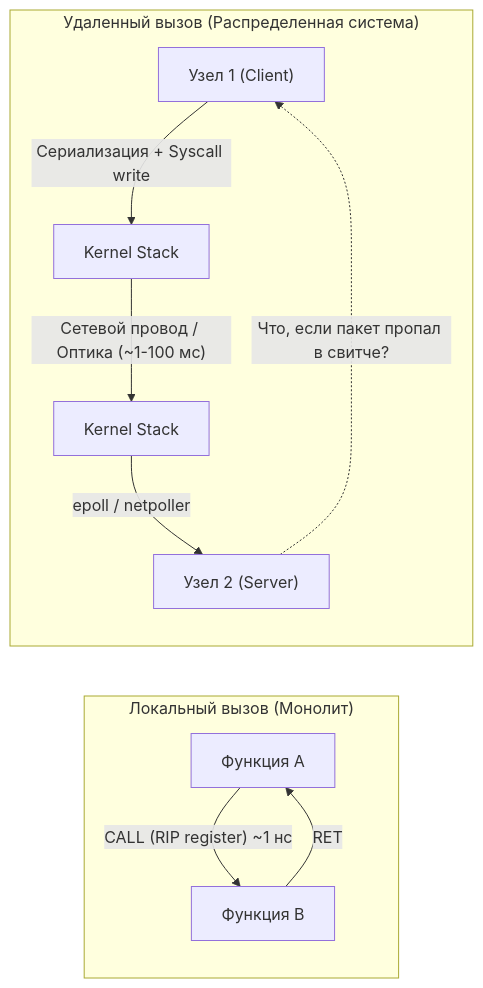
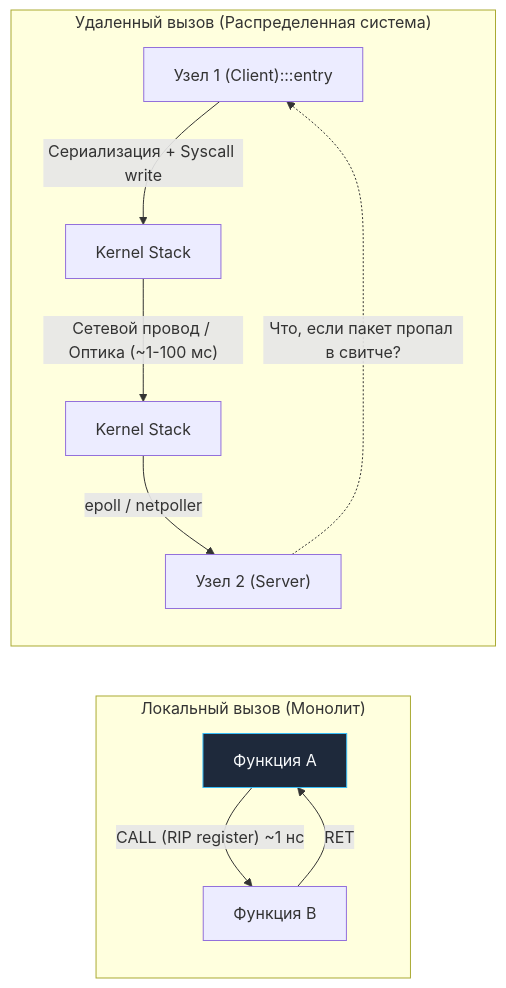
One commit to UnrealTemplier/go-textbook changed the first of 3 diagrams in sources/14. Распределенные системы на Go/01. Основы/1. Обзор раздела. Почему распределенные системы сложны.md. Above: the diagram before and after it, drawn with Mermaid. The commit also changed other lines of this file and 1666 other files, not shown here.

First line of the commit message:
feat(mermaid): add semantic color classDef to 1369 colorless flowchart/graph diagrams

````diff
--- a/sources/14. Распределенные системы на Go/01. Основы/1. Обзор раздела. Почему распределенные системы сложны.md
+++ b/sources/14. Распределенные системы на Go/01. Основы/1. Обзор раздела. Почему распределенные системы сложны.md
@@ -25,14 +25,24 @@
 ```mermaid
 flowchart LR
+    classDef process  fill:#1e293b,stroke:#38bdf8,stroke-width:1px,color:#f8fafc
+    classDef success  fill:#064e3b,stroke:#34d399,stroke-width:1px,color:#f8fafc
+    classDef error    fill:#7f1d1d,stroke:#f87171,stroke-width:1px,color:#f8fafc
+    classDef warning  fill:#78350f,stroke:#fbbf24,stroke-width:1px,color:#f8fafc
+    classDef entry    fill:#1e3a5f,stroke:#38bdf8,stroke-width:2px,color:#f8fafc
+    classDef aux      fill:#334155,stroke:#64748b,stroke-width:1px,color:#f8fafc
+    classDef system   fill:#312e81,stroke:#a78bfa,stroke-width:1px,color:#f8fafc
+    classDef data     fill:#132d29,stroke:#2dd4bf,stroke-width:1px,color:#f8fafc
+    classDef network  fill:#881337,stroke:#fb7185,stroke-width:1px,color:#f8fafc
+    classDef accent   fill:#1e1b4b,stroke:#818cf8,stroke-width:1px,color:#f8fafc
     subgraph "Локальный вызов (Монолит)"
-        F1["Функция A"] -->|"CALL (RIP register) ~1 нс"| F2["Функция B"]
+        F1["Функция A"]:::process -->|"CALL (RIP register) ~1 нс"| F2["Функция B"]
         F2 -->|"RET"| F1
     end
 
     subgraph "Удаленный вызов (Распределенная система)"
-        N1["Узел 1 (Client)"] -->|"Сериализация + Syscall write"| OS1["Kernel Stack"]
+        N1["Узел 1 (Client):::entry"] -->|"Сериализация + Syscall write"| OS1["Kernel Stack"]
         OS1 -->|"Сетевой провод / Оптика (~1-100 мс)"| OS2["Kernel Stack"]
         OS2 -->|"epoll / netpoller"| N2["Узел 2 (Server)"]
         N2 -.->|"Что, если пакет пропал в свитче?"| N1
     end
 ```
````
